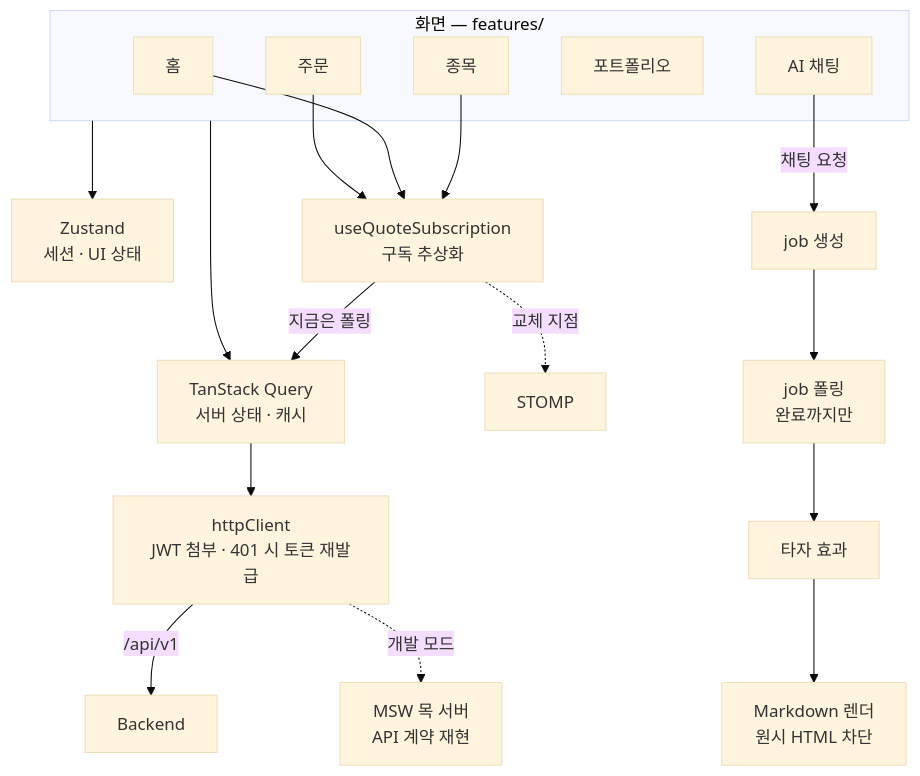
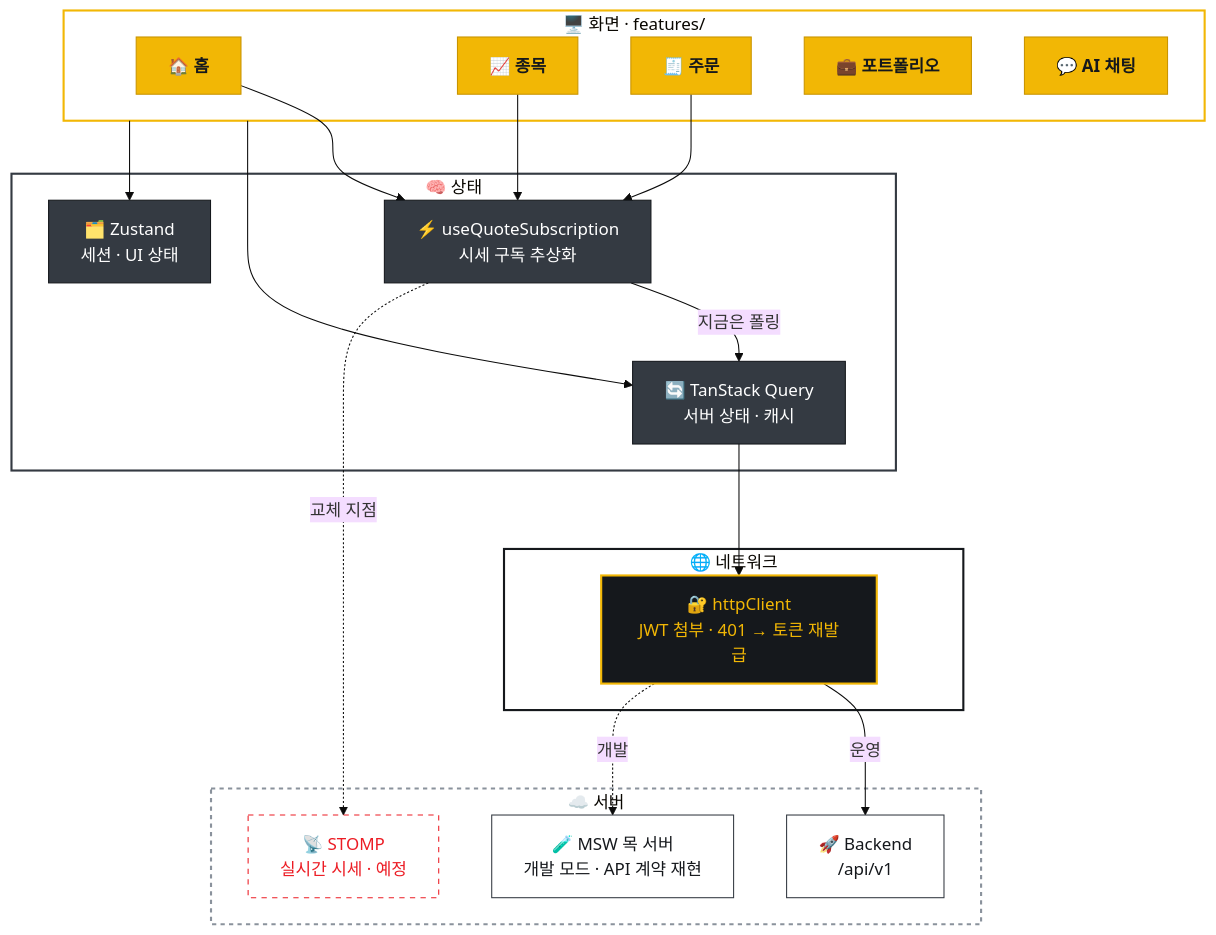
Before and after one commit to Team-FINCH/finch-frontend: the first of 2 diagrams in README.md, drawn with Mermaid (base theme). The commit also changed other lines of this file, not shown here.

Commit message:
docs: README 아키텍처 다이어그램을 계층별로 다시 그리고 토글을 기본으로 연다

````diff
--- a/README.md
+++ b/README.md
@@ -70,25 +72,52 @@
 ```mermaid
 flowchart TB
-    subgraph UI["화면 — features/"]
-        H["홈"]
-        S["종목"]
-        O["주문"]
-        P["포트폴리오"]
-        C["AI 채팅"]
+    subgraph VIEW["🖥️ 화면 · features/"]
+        H["🏠 홈"]
+        S["📈 종목"]
+        O["🧾 주문"]
+        P["💼 포트폴리오"]
+        C["💬 AI 채팅"]
     end
 
-    UI --> RQ["TanStack Query<br/>서버 상태 · 캐시"]
-    UI --> ZS["Zustand<br/>세션 · UI 상태"]
-    S --> QS["useQuoteSubscription<br/>구독 추상화"]
-    H --> QS
-    O --> QS
-    QS -->|지금은 폴링| RQ
-    QS -.->|교체 지점| STOMP["STOMP"]
+    subgraph STATE["🧠 상태"]
+        QS["⚡ useQuoteSubscription<br/>시세 구독 추상화"]
+        RQ["🔄 TanStack Query<br/>서버 상태 · 캐시"]
+        ZS["🗂️ Zustand<br/>세션 · UI 상태"]
+    end
 
-    RQ --> HC["httpClient<br/>JWT 첨부 · 401 시 토큰 재발급"]
-    HC -->|"/api/v1"| BE["Backend"]
-    HC -.->|개발 모드| MSW["MSW 목 서버<br/>API 계약 재현"]
+    subgraph NET["🌐 네트워크"]
+        HC["🔐 httpClient<br/>JWT 첨부 · 401 → 토큰 재발급"]
+    end
 
-    C -->|"채팅 요청"| JOB["job 생성"] --> POLLJ["job 폴링<br/>완료까지만"]
-    POLLJ --> TW["타자 효과"] --> MD["Markdown 렌더<br/>원시 HTML 차단"]
+    subgraph SERVER["☁️ 서버"]
+        BE["🚀 Backend<br/>/api/v1"]
+        MSW["🧪 MSW 목 서버<br/>개발 모드 · API 계약 재현"]
+        STOMP["📡 STOMP<br/>실시간 시세 · 예정"]
+    end
+
+    H & S & O --> QS
+    VIEW --> RQ
+    VIEW --> ZS
+    QS -->|"지금은 폴링"| RQ
+    QS -.->|"교체 지점"| STOMP
+    RQ --> HC
+    HC -->|"운영"| BE
+    HC -.->|"개발"| MSW
+
+    classDef view fill:#F2B705,stroke:#C99400,color:#15181C,font-weight:bold
+    classDef state fill:#343A42,stroke:#15181C,color:#FFFFFF
+    classDef net fill:#15181C,stroke:#F2B705,stroke-width:2px,color:#F2B705
+    classDef server fill:#FFFFFF,stroke:#343A42,color:#15181C
+    classDef future fill:#FFFFFF,stroke:#EC1C24,stroke-dasharray:5 5,color:#EC1C24
+
+    class H,S,O,P,C view
+    class QS,RQ,ZS state
+    class HC net
+    class BE,MSW server
+    class STOMP future
+
+    style VIEW fill:none,stroke:#F2B705,stroke-width:2px
+    style STATE fill:none,stroke:#343A42,stroke-width:2px
+    style NET fill:none,stroke:#15181C,stroke-width:2px
+    style SERVER fill:none,stroke:#8A929C,stroke-width:2px,stroke-dasharray:4 4
 ```
````
